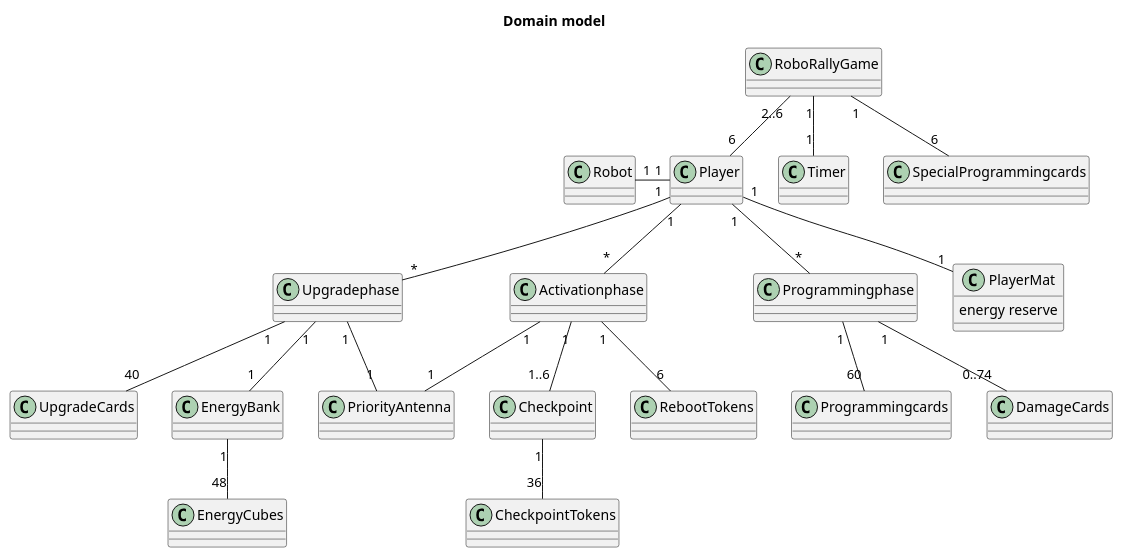
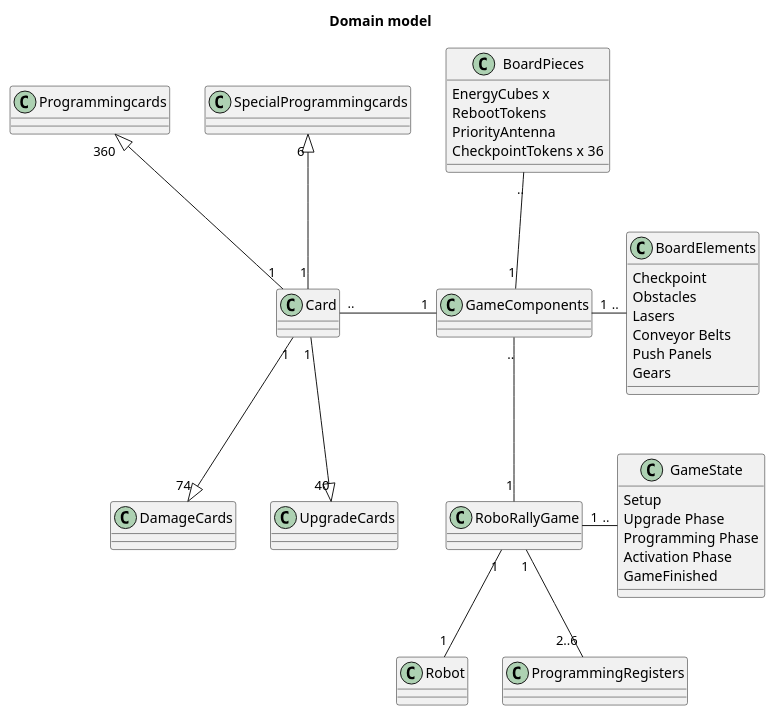
One commit to NegarOstad/RoboRally-Repo changed the diagram in Diagrams/Domain.puml. Above: the diagram before and after it, drawn with PlantUML.

Commit message:
update domain model

```diff
--- a/Diagrams/Domain.puml
+++ b/Diagrams/Domain.puml
@@ -1,54 +1,62 @@
 @startuml
 title Domain model
 class RoboRallyGame {
 
 }
 
-class Upgradephase{
 
+class GameState {
+Setup
+Upgrade Phase
+Programming Phase
+Activation Phase
+GameFinished
 }
 
-class Activationphase {
-
-}
-
-class Programmingphase {
-
-}
-
-class Player {
-
-}
 
 class Robot {
 
 }
 
-class PlayerMat {
-energy reserve
-}
 
+class GameComponents {
+ }
 
-RoboRallyGame "2..6"--"6" Player
-Activationphase "1"--"1..6" Checkpoint
-Player "1"--"*" Upgradephase
-Upgradephase "1"--"40" UpgradeCards
-Player "1" -- "*" Activationphase
-Player "1" -- "*" Programmingphase
-Programmingphase "1" -- "60" Programmingcards
-Checkpoint"1"--"36" CheckpointTokens
-Player "1"-left-"1" Robot
-Player "1"--"1" PlayerMat
-Activationphase "1"--"1" PriorityAntenna
-Upgradephase "1"--"1" PriorityAntenna
-Activationphase "1"--"6" RebootTokens
-Upgradephase "1"--"1" EnergyBank
-EnergyBank "1" -- "48" EnergyCubes
-RoboRallyGame "1" -- "1" Timer
-Programmingphase "1"--"0..74" DamageCards
-RoboRallyGame "1"--"6" SpecialProgrammingcards
+ class Card {
+
+ }
+
+ class BoardPieces {
+ EnergyCubes x
+ RebootTokens
+ PriorityAntenna
+ CheckpointTokens x 36
+ }
+
+ class BoardElements {
+ Checkpoint
+ Obstacles
+ Lasers
+ Conveyor Belts
+ Push Panels
+ Gears
+ }
+
+GameComponents "1" -right- ".." BoardElements
+GameComponents "1" -up- ".." BoardPieces
+GameComponents "1" -left- ".." Card
+Card "1" -down-|> "74" DamageCards
+Card "1" -up-|> "6 " SpecialProgrammingcards
+Card "1" -up-|> "360 "Programmingcards
+Card "1" -down-|> "40" UpgradeCards
+RoboRallyGame "1" -right- ".." GameState
+RoboRallyGame "1" -up- ".." GameComponents
+RoboRallyGame "1"-down-"1" Robot
+
+RoboRallyGame "1"--"2..6" ProgrammingRegisters
+
 
 
 
 
 @enduml
```
